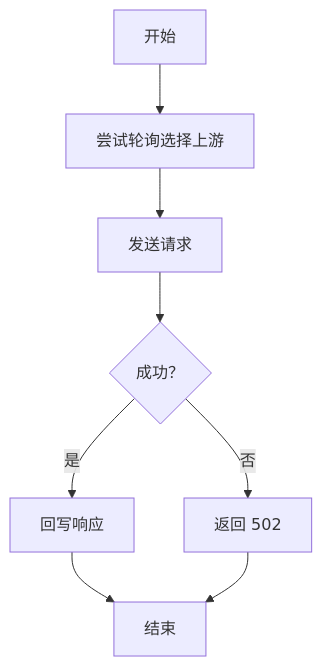
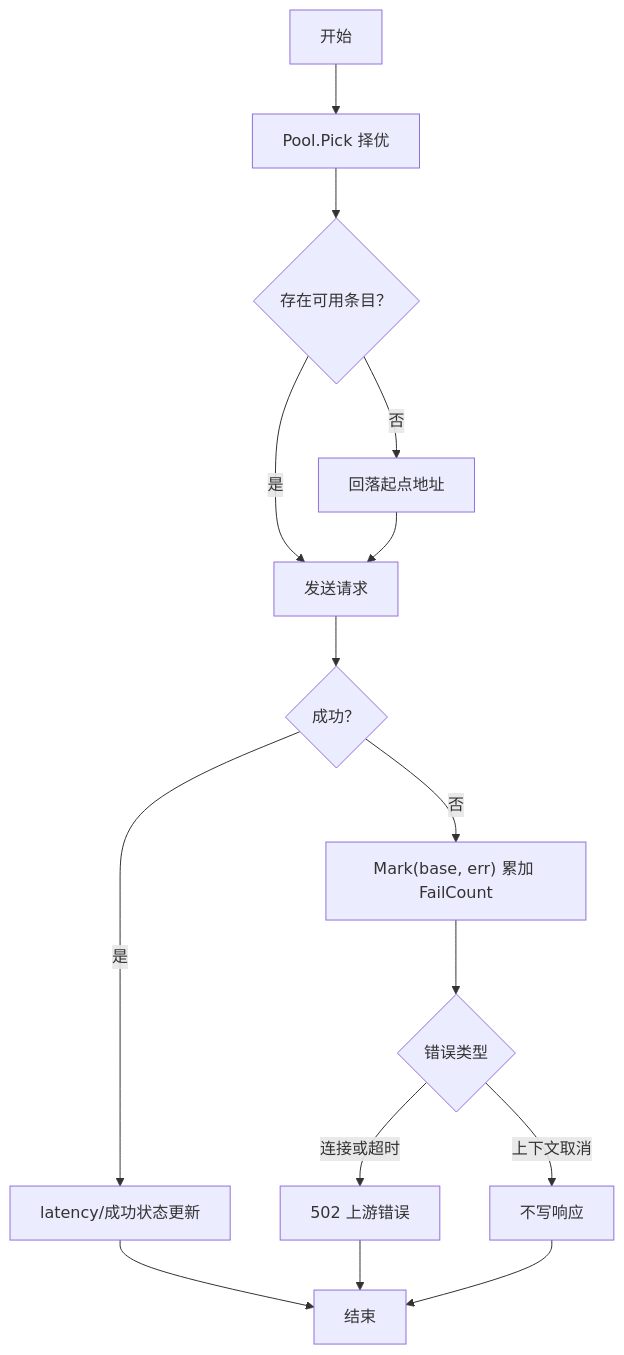
Before and after one commit to x01n/My-OpenWaf: the sixth of 8 diagrams in docs/数据平面处理/上游代理配置.md, drawn with Mermaid. The commit also changed other lines of this file and 622 other files, not shown here.

````diff
--- a/docs/数据平面处理/上游代理配置.md
+++ b/docs/数据平面处理/上游代理配置.md
@@ -294,10 +391,17 @@
 ```mermaid
 flowchart TD
-S["开始"] --> Try["尝试轮询选择上游"]
-Try --> Send["发送请求"]
+S["开始"] --> Pick["Pool.Pick 择优"]
+Pick --> Has{"存在可用条目？"}
+Has --> |否| Fallback["回落起点地址"]
+Has --> |是| Send["发送请求"]
+Fallback --> Send
 Send --> OK{"成功？"}
-OK --> |是| Resp["回写响应"]
-OK --> |否| Ret502["返回 502"]
-Resp --> End["结束"]
+OK --> |是| Mark1["latency/成功状态更新"]
+OK --> |否| Mark2["Mark(base, err) 累加 FailCount"]
+Mark2 --> Code{"错误类型"}
+Code --> |连接或超时| Ret502["502 上游错误"]
+Code --> |上下文取消| Silent["不写响应"]
+Mark1 --> End["结束"]
 Ret502 --> End
+Silent --> End
 ```
````
